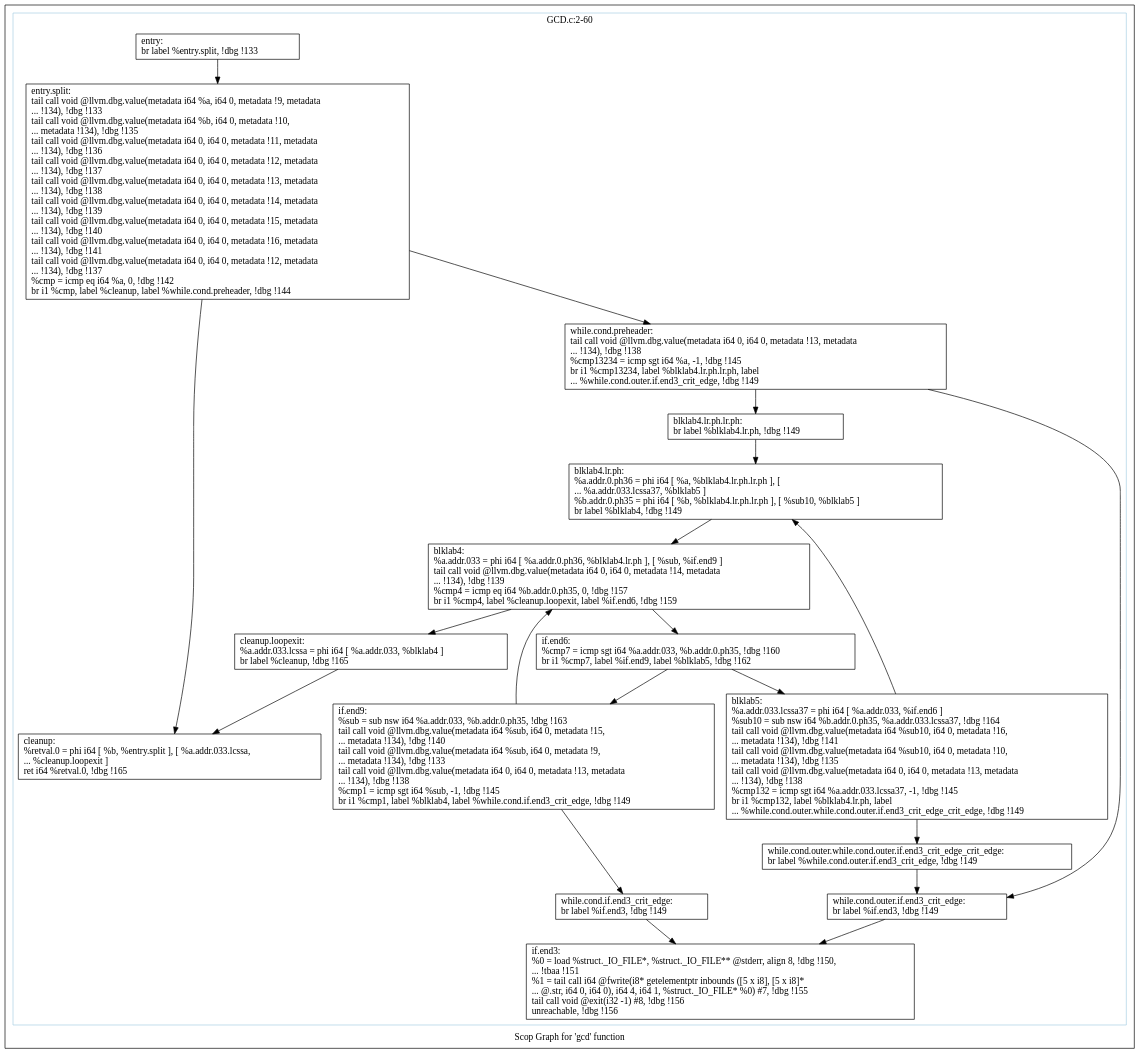
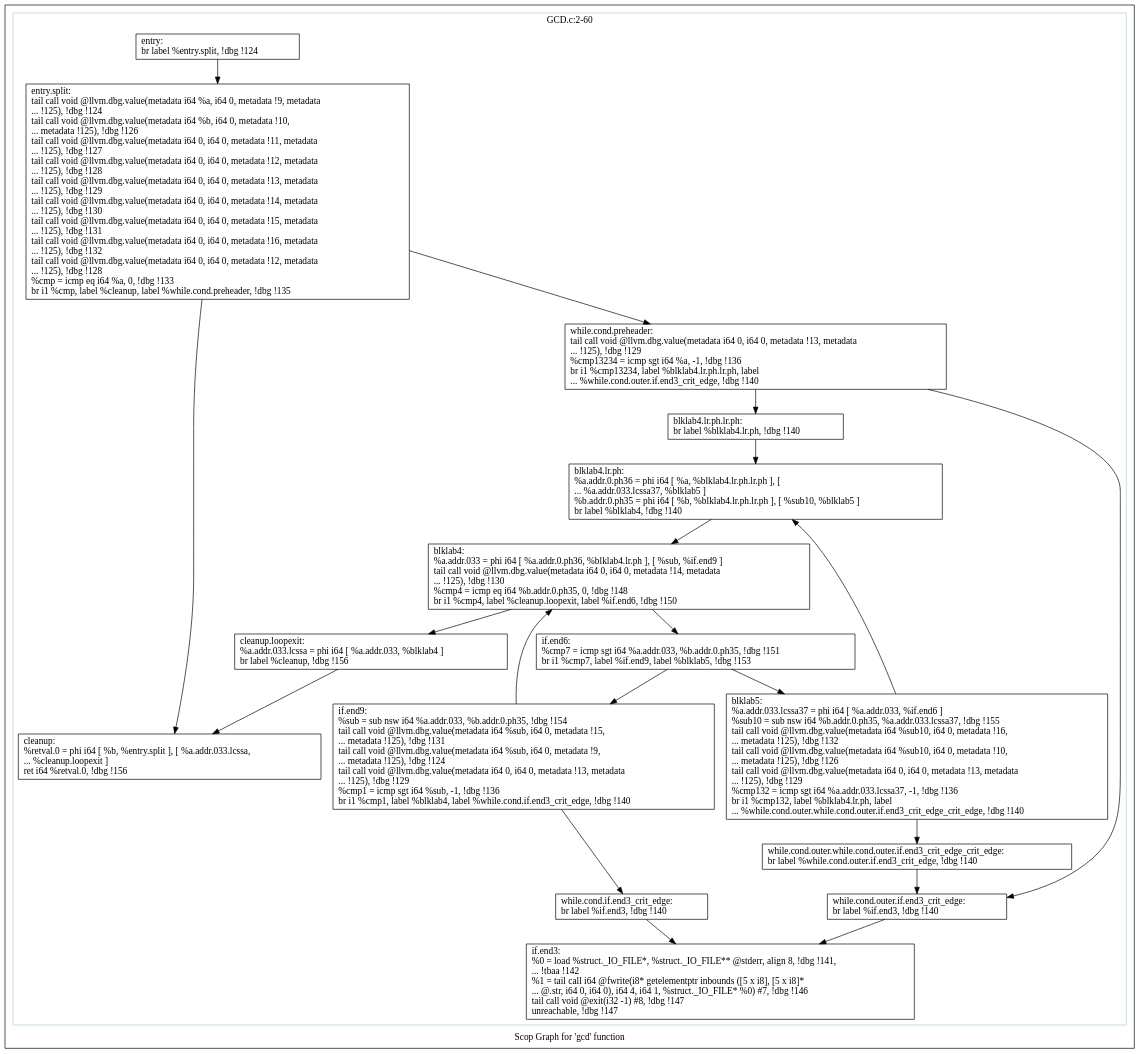
One commit to samminweng/WhileyOpenCL changed the diagram in polly/GCD/impl/autogenerate/dot/scops.gcd.dot. Above: the diagram before and after it, drawn with Graphviz. The commit also changed 21 other files, not shown here.

```diff
--- a/polly/GCD/impl/autogenerate/dot/scops.gcd.dot
+++ b/polly/GCD/impl/autogenerate/dot/scops.gcd.dot
@@ -1,60 +1,60 @@
 digraph "Scop Graph for 'gcd' function" {
 	label="Scop Graph for 'gcd' function";
 
-	Node0x9a48d80 [shape=record,label="{entry:\l  br label %entry.split, !dbg !133\l}"];
-	Node0x9a48d80 -> Node0x99c6d40;
-	Node0x99c6d40 [shape=record,label="{entry.split:                                      \l  tail call void @llvm.dbg.value(metadata i64 %a, i64 0, metadata !9, metadata\l... !134), !dbg !133\l  tail call void @llvm.dbg.value(metadata i64 %b, i64 0, metadata !10,\l... metadata !134), !dbg !135\l  tail call void @llvm.dbg.value(metadata i64 0, i64 0, metadata !11, metadata\l... !134), !dbg !136\l  tail call void @llvm.dbg.value(metadata i64 0, i64 0, metadata !12, metadata\l... !134), !dbg !137\l  tail call void @llvm.dbg.value(metadata i64 0, i64 0, metadata !13, metadata\l... !134), !dbg !138\l  tail call void @llvm.dbg.value(metadata i64 0, i64 0, metadata !14, metadata\l... !134), !dbg !139\l  tail call void @llvm.dbg.value(metadata i64 0, i64 0, metadata !15, metadata\l... !134), !dbg !140\l  tail call void @llvm.dbg.value(metadata i64 0, i64 0, metadata !16, metadata\l... !134), !dbg !141\l  tail call void @llvm.dbg.value(metadata i64 0, i64 0, metadata !12, metadata\l... !134), !dbg !137\l  %cmp = icmp eq i64 %a, 0, !dbg !142\l  br i1 %cmp, label %cleanup, label %while.cond.preheader, !dbg !144\l}"];
-	Node0x99c6d40 -> Node0x99c6e40;
-	Node0x99c6d40 -> Node0x99c8540;
-	Node0x99c6e40 [shape=record,label="{cleanup:                                          \l  %retval.0 = phi i64 [ %b, %entry.split ], [ %a.addr.033.lcssa,\l... %cleanup.loopexit ]\l  ret i64 %retval.0, !dbg !165\l}"];
-	Node0x99c8540 [shape=record,label="{while.cond.preheader:                             \l  tail call void @llvm.dbg.value(metadata i64 0, i64 0, metadata !13, metadata\l... !134), !dbg !138\l  %cmp13234 = icmp sgt i64 %a, -1, !dbg !145\l  br i1 %cmp13234, label %blklab4.lr.ph.lr.ph, label\l... %while.cond.outer.if.end3_crit_edge, !dbg !149\l}"];
-	Node0x99c8540 -> Node0x99f8af0;
-	Node0x99c8540 -> Node0x99f79f0;
-	Node0x99f8af0 [shape=record,label="{blklab4.lr.ph.lr.ph:                              \l  br label %blklab4.lr.ph, !dbg !149\l}"];
-	Node0x99f8af0 -> Node0x999f390;
-	Node0x999f390 [shape=record,label="{blklab4.lr.ph:                                    \l  %a.addr.0.ph36 = phi i64 [ %a, %blklab4.lr.ph.lr.ph ], [\l... %a.addr.033.lcssa37, %blklab5 ]\l  %b.addr.0.ph35 = phi i64 [ %b, %blklab4.lr.ph.lr.ph ], [ %sub10, %blklab5 ]\l  br label %blklab4, !dbg !149\l}"];
-	Node0x999f390 -> Node0x99b4b70;
-	Node0x99b4b70 [shape=record,label="{blklab4:                                          \l  %a.addr.033 = phi i64 [ %a.addr.0.ph36, %blklab4.lr.ph ], [ %sub, %if.end9 ]\l  tail call void @llvm.dbg.value(metadata i64 0, i64 0, metadata !14, metadata\l... !134), !dbg !139\l  %cmp4 = icmp eq i64 %b.addr.0.ph35, 0, !dbg !157\l  br i1 %cmp4, label %cleanup.loopexit, label %if.end6, !dbg !159\l}"];
-	Node0x99b4b70 -> Node0x99bd890;
-	Node0x99b4b70 -> Node0x999f730;
-	Node0x99bd890 [shape=record,label="{cleanup.loopexit:                                 \l  %a.addr.033.lcssa = phi i64 [ %a.addr.033, %blklab4 ]\l  br label %cleanup, !dbg !165\l}"];
-	Node0x99bd890 -> Node0x99c6e40;
-	Node0x999f730 [shape=record,label="{if.end6:                                          \l  %cmp7 = icmp sgt i64 %a.addr.033, %b.addr.0.ph35, !dbg !160\l  br i1 %cmp7, label %if.end9, label %blklab5, !dbg !162\l}"];
-	Node0x999f730 -> Node0x99def90;
-	Node0x999f730 -> Node0x999d4a0;
-	Node0x99def90 [shape=record,label="{if.end9:                                          \l  %sub = sub nsw i64 %a.addr.033, %b.addr.0.ph35, !dbg !163\l  tail call void @llvm.dbg.value(metadata i64 %sub, i64 0, metadata !15,\l... metadata !134), !dbg !140\l  tail call void @llvm.dbg.value(metadata i64 %sub, i64 0, metadata !9,\l... metadata !134), !dbg !133\l  tail call void @llvm.dbg.value(metadata i64 0, i64 0, metadata !13, metadata\l... !134), !dbg !138\l  %cmp1 = icmp sgt i64 %sub, -1, !dbg !145\l  br i1 %cmp1, label %blklab4, label %while.cond.if.end3_crit_edge, !dbg !149\l}"];
-	Node0x99def90 -> Node0x99b4b70;
-	Node0x99def90 -> Node0x99a52c0;
-	Node0x99a52c0 [shape=record,label="{while.cond.if.end3_crit_edge:                     \l  br label %if.end3, !dbg !149\l}"];
-	Node0x99a52c0 -> Node0x99c7a10;
-	Node0x99c7a10 [shape=record,label="{if.end3:                                          \l  %0 = load %struct._IO_FILE*, %struct._IO_FILE** @stderr, align 8, !dbg !150,\l... !tbaa !151\l  %1 = tail call i64 @fwrite(i8* getelementptr inbounds ([5 x i8], [5 x i8]*\l... @.str, i64 0, i64 0), i64 4, i64 1, %struct._IO_FILE* %0) #7, !dbg !155\l  tail call void @exit(i32 -1) #8, !dbg !156\l  unreachable, !dbg !156\l}"];
-	Node0x999d4a0 [shape=record,label="{blklab5:                                          \l  %a.addr.033.lcssa37 = phi i64 [ %a.addr.033, %if.end6 ]\l  %sub10 = sub nsw i64 %b.addr.0.ph35, %a.addr.033.lcssa37, !dbg !164\l  tail call void @llvm.dbg.value(metadata i64 %sub10, i64 0, metadata !16,\l... metadata !134), !dbg !141\l  tail call void @llvm.dbg.value(metadata i64 %sub10, i64 0, metadata !10,\l... metadata !134), !dbg !135\l  tail call void @llvm.dbg.value(metadata i64 0, i64 0, metadata !13, metadata\l... !134), !dbg !138\l  %cmp132 = icmp sgt i64 %a.addr.033.lcssa37, -1, !dbg !145\l  br i1 %cmp132, label %blklab4.lr.ph, label\l... %while.cond.outer.while.cond.outer.if.end3_crit_edge_crit_edge, !dbg !149\l}"];
-	Node0x999d4a0 -> Node0x999f390;
-	Node0x999d4a0 -> Node0x99b53b0;
-	Node0x99b53b0 [shape=record,label="{while.cond.outer.while.cond.outer.if.end3_crit_edge_crit_edge: \l  br label %while.cond.outer.if.end3_crit_edge, !dbg !149\l}"];
-	Node0x99b53b0 -> Node0x99f79f0;
-	Node0x99f79f0 [shape=record,label="{while.cond.outer.if.end3_crit_edge:               \l  br label %if.end3, !dbg !149\l}"];
-	Node0x99f79f0 -> Node0x99c7a10;
+	Node0xb0391f0 [shape=record,label="{entry:\l  br label %entry.split, !dbg !124\l}"];
+	Node0xb0391f0 -> Node0xb04e2a0;
+	Node0xb04e2a0 [shape=record,label="{entry.split:                                      \l  tail call void @llvm.dbg.value(metadata i64 %a, i64 0, metadata !9, metadata\l... !125), !dbg !124\l  tail call void @llvm.dbg.value(metadata i64 %b, i64 0, metadata !10,\l... metadata !125), !dbg !126\l  tail call void @llvm.dbg.value(metadata i64 0, i64 0, metadata !11, metadata\l... !125), !dbg !127\l  tail call void @llvm.dbg.value(metadata i64 0, i64 0, metadata !12, metadata\l... !125), !dbg !128\l  tail call void @llvm.dbg.value(metadata i64 0, i64 0, metadata !13, metadata\l... !125), !dbg !129\l  tail call void @llvm.dbg.value(metadata i64 0, i64 0, metadata !14, metadata\l... !125), !dbg !130\l  tail call void @llvm.dbg.value(metadata i64 0, i64 0, metadata !15, metadata\l... !125), !dbg !131\l  tail call void @llvm.dbg.value(metadata i64 0, i64 0, metadata !16, metadata\l... !125), !dbg !132\l  tail call void @llvm.dbg.value(metadata i64 0, i64 0, metadata !12, metadata\l... !125), !dbg !128\l  %cmp = icmp eq i64 %a, 0, !dbg !133\l  br i1 %cmp, label %cleanup, label %while.cond.preheader, !dbg !135\l}"];
+	Node0xb04e2a0 -> Node0xb0620c0;
+	Node0xb04e2a0 -> Node0xb0627f0;
+	Node0xb0620c0 [shape=record,label="{cleanup:                                          \l  %retval.0 = phi i64 [ %b, %entry.split ], [ %a.addr.033.lcssa,\l... %cleanup.loopexit ]\l  ret i64 %retval.0, !dbg !156\l}"];
+	Node0xb0627f0 [shape=record,label="{while.cond.preheader:                             \l  tail call void @llvm.dbg.value(metadata i64 0, i64 0, metadata !13, metadata\l... !125), !dbg !129\l  %cmp13234 = icmp sgt i64 %a, -1, !dbg !136\l  br i1 %cmp13234, label %blklab4.lr.ph.lr.ph, label\l... %while.cond.outer.if.end3_crit_edge, !dbg !140\l}"];
+	Node0xb0627f0 -> Node0xb066300;
+	Node0xb0627f0 -> Node0xb04f600;
+	Node0xb066300 [shape=record,label="{blklab4.lr.ph.lr.ph:                              \l  br label %blklab4.lr.ph, !dbg !140\l}"];
+	Node0xb066300 -> Node0xb05cf60;
+	Node0xb05cf60 [shape=record,label="{blklab4.lr.ph:                                    \l  %a.addr.0.ph36 = phi i64 [ %a, %blklab4.lr.ph.lr.ph ], [\l... %a.addr.033.lcssa37, %blklab5 ]\l  %b.addr.0.ph35 = phi i64 [ %b, %blklab4.lr.ph.lr.ph ], [ %sub10, %blklab5 ]\l  br label %blklab4, !dbg !140\l}"];
+	Node0xb05cf60 -> Node0xb120710;
+	Node0xb120710 [shape=record,label="{blklab4:                                          \l  %a.addr.033 = phi i64 [ %a.addr.0.ph36, %blklab4.lr.ph ], [ %sub, %if.end9 ]\l  tail call void @llvm.dbg.value(metadata i64 0, i64 0, metadata !14, metadata\l... !125), !dbg !130\l  %cmp4 = icmp eq i64 %b.addr.0.ph35, 0, !dbg !148\l  br i1 %cmp4, label %cleanup.loopexit, label %if.end6, !dbg !150\l}"];
+	Node0xb120710 -> Node0xb073560;
+	Node0xb120710 -> Node0xb0377d0;
+	Node0xb073560 [shape=record,label="{cleanup.loopexit:                                 \l  %a.addr.033.lcssa = phi i64 [ %a.addr.033, %blklab4 ]\l  br label %cleanup, !dbg !156\l}"];
+	Node0xb073560 -> Node0xb0620c0;
+	Node0xb0377d0 [shape=record,label="{if.end6:                                          \l  %cmp7 = icmp sgt i64 %a.addr.033, %b.addr.0.ph35, !dbg !151\l  br i1 %cmp7, label %if.end9, label %blklab5, !dbg !153\l}"];
+	Node0xb0377d0 -> Node0xb049200;
+	Node0xb0377d0 -> Node0xb040b70;
+	Node0xb049200 [shape=record,label="{if.end9:                                          \l  %sub = sub nsw i64 %a.addr.033, %b.addr.0.ph35, !dbg !154\l  tail call void @llvm.dbg.value(metadata i64 %sub, i64 0, metadata !15,\l... metadata !125), !dbg !131\l  tail call void @llvm.dbg.value(metadata i64 %sub, i64 0, metadata !9,\l... metadata !125), !dbg !124\l  tail call void @llvm.dbg.value(metadata i64 0, i64 0, metadata !13, metadata\l... !125), !dbg !129\l  %cmp1 = icmp sgt i64 %sub, -1, !dbg !136\l  br i1 %cmp1, label %blklab4, label %while.cond.if.end3_crit_edge, !dbg !140\l}"];
+	Node0xb049200 -> Node0xb120710;
+	Node0xb049200 -> Node0xb084f50;
+	Node0xb084f50 [shape=record,label="{while.cond.if.end3_crit_edge:                     \l  br label %if.end3, !dbg !140\l}"];
+	Node0xb084f50 -> Node0xb087670;
+	Node0xb087670 [shape=record,label="{if.end3:                                          \l  %0 = load %struct._IO_FILE*, %struct._IO_FILE** @stderr, align 8, !dbg !141,\l... !tbaa !142\l  %1 = tail call i64 @fwrite(i8* getelementptr inbounds ([5 x i8], [5 x i8]*\l... @.str, i64 0, i64 0), i64 4, i64 1, %struct._IO_FILE* %0) #7, !dbg !146\l  tail call void @exit(i32 -1) #8, !dbg !147\l  unreachable, !dbg !147\l}"];
+	Node0xb040b70 [shape=record,label="{blklab5:                                          \l  %a.addr.033.lcssa37 = phi i64 [ %a.addr.033, %if.end6 ]\l  %sub10 = sub nsw i64 %b.addr.0.ph35, %a.addr.033.lcssa37, !dbg !155\l  tail call void @llvm.dbg.value(metadata i64 %sub10, i64 0, metadata !16,\l... metadata !125), !dbg !132\l  tail call void @llvm.dbg.value(metadata i64 %sub10, i64 0, metadata !10,\l... metadata !125), !dbg !126\l  tail call void @llvm.dbg.value(metadata i64 0, i64 0, metadata !13, metadata\l... !125), !dbg !129\l  %cmp132 = icmp sgt i64 %a.addr.033.lcssa37, -1, !dbg !136\l  br i1 %cmp132, label %blklab4.lr.ph, label\l... %while.cond.outer.while.cond.outer.if.end3_crit_edge_crit_edge, !dbg !140\l}"];
+	Node0xb040b70 -> Node0xb05cf60;
+	Node0xb040b70 -> Node0xb0593f0;
+	Node0xb0593f0 [shape=record,label="{while.cond.outer.while.cond.outer.if.end3_crit_edge_crit_edge: \l  br label %while.cond.outer.if.end3_crit_edge, !dbg !140\l}"];
+	Node0xb0593f0 -> Node0xb04f600;
+	Node0xb04f600 [shape=record,label="{while.cond.outer.if.end3_crit_edge:               \l  br label %if.end3, !dbg !140\l}"];
+	Node0xb04f600 -> Node0xb087670;
 	colorscheme = "paired12"
-        subgraph cluster_0x99bbb10 {
+        subgraph cluster_0xb04f930 {
           label = "GCD.c:2-60
 ";
           style = solid;
           color = 1
-          Node0x9a48d80;
-          Node0x99c6d40;
-          Node0x99c6e40;
-          Node0x99c8540;
-          Node0x99f8af0;
-          Node0x999f390;
-          Node0x99b4b70;
-          Node0x99bd890;
-          Node0x999f730;
-          Node0x99def90;
-          Node0x99a52c0;
-          Node0x99c7a10;
-          Node0x999d4a0;
-          Node0x99b53b0;
-          Node0x99f79f0;
+          Node0xb0391f0;
+          Node0xb04e2a0;
+          Node0xb0620c0;
+          Node0xb0627f0;
+          Node0xb066300;
+          Node0xb05cf60;
+          Node0xb120710;
+          Node0xb073560;
+          Node0xb0377d0;
+          Node0xb049200;
+          Node0xb084f50;
+          Node0xb087670;
+          Node0xb040b70;
+          Node0xb0593f0;
+          Node0xb04f600;
         }
 }
```
